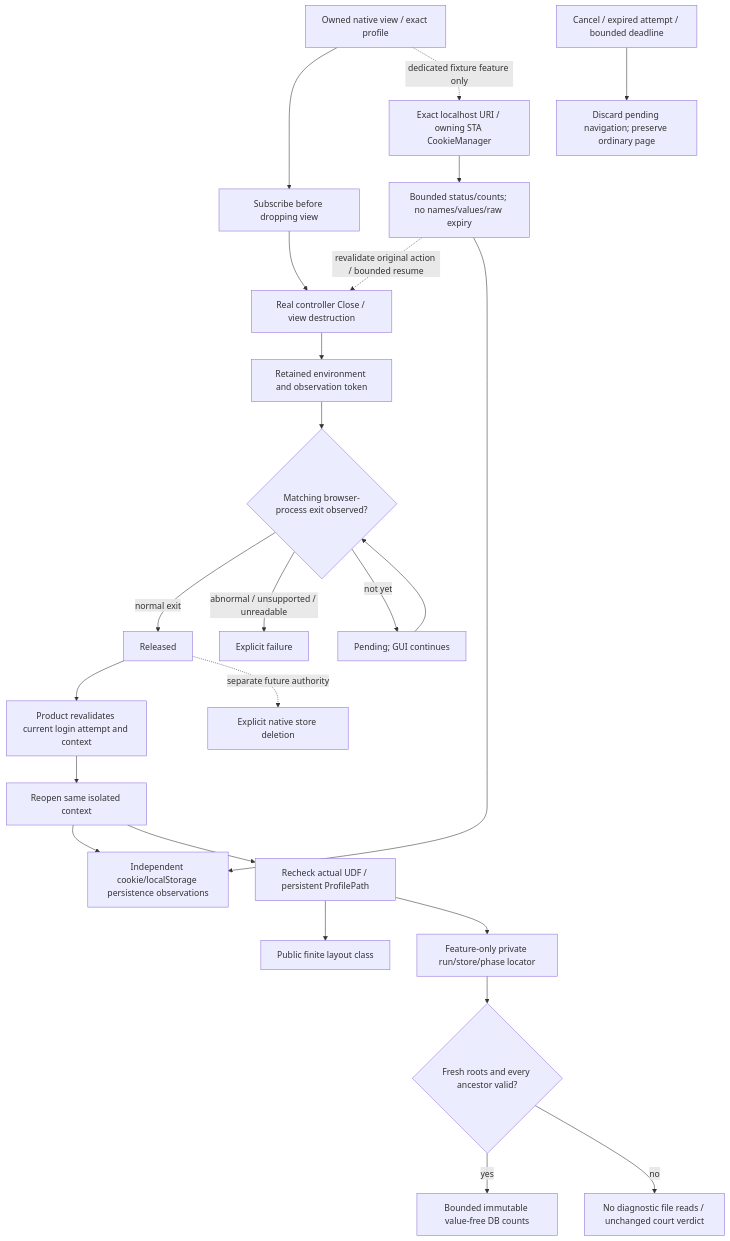
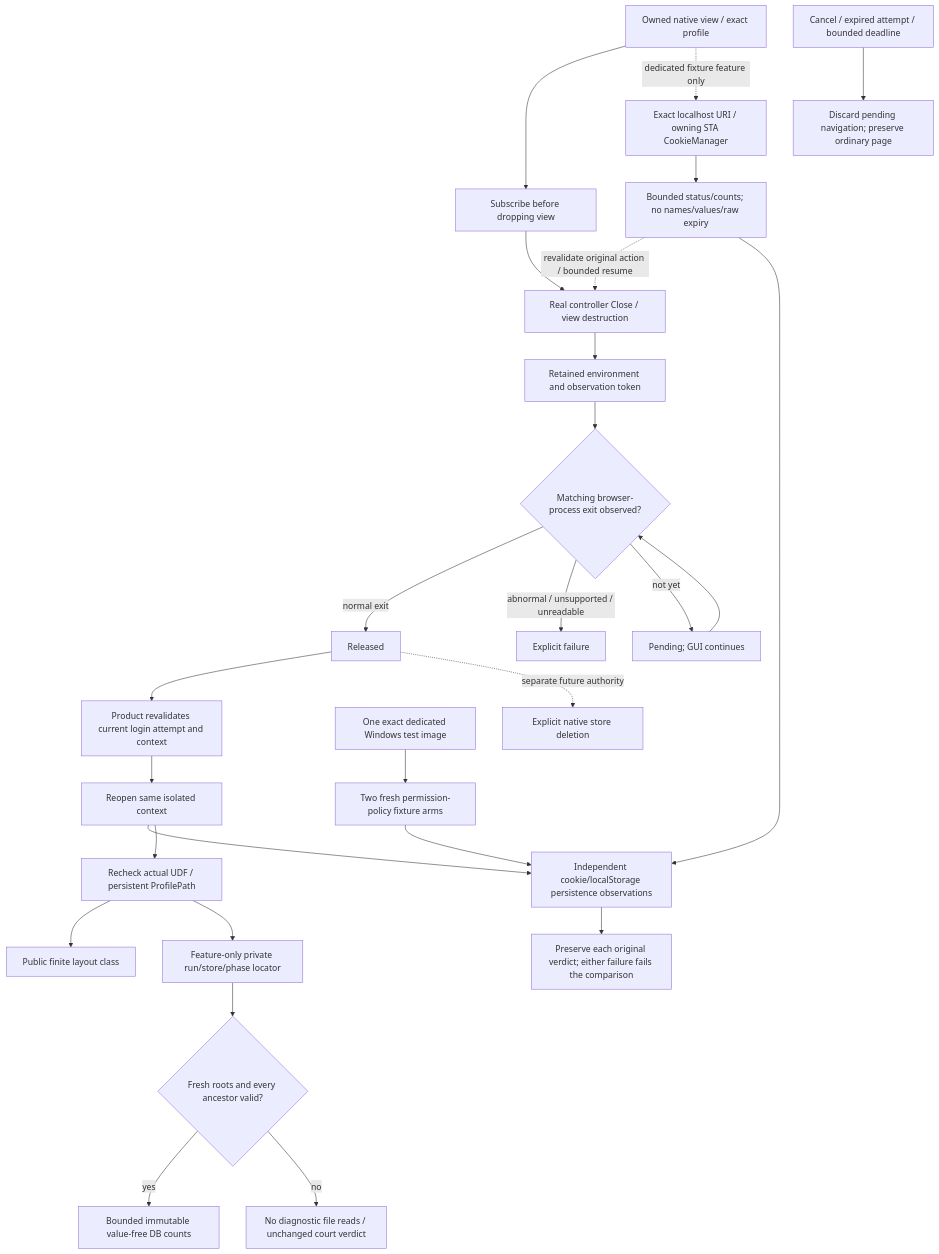
The diagram in prd/PRD_02_28_01_browser_context_lifecycle.md (partnernetsoftware/minicon), drawn with Mermaid before and after one commit. The commit also changed other lines of this file and 8 other files, not shown here.

Commit message:
test: compare fresh Windows browser profile permissions

````diff
--- a/prd/PRD_02_28_01_browser_context_lifecycle.md
+++ b/prd/PRD_02_28_01_browser_context_lifecycle.md
@@ -55,26 +61,29 @@
 ```mermaid
 flowchart TD
     V[Owned native view / exact profile] --> SUB[Subscribe before dropping view]
     SUB --> CLOSE[Real controller Close / view destruction]
     CLOSE --> P[Retained environment and observation token]
     P --> EVENT{Matching browser-process exit observed?}
     EVENT -->|normal exit| READY[Released]
     EVENT -->|abnormal / unsupported / unreadable| FAIL[Explicit failure]
     EVENT -->|not yet| WAIT[Pending; GUI continues]
     WAIT --> EVENT
     READY --> R[Product revalidates current login attempt and context]
     R --> OPEN[Reopen same isolated context]
     OPEN --> STORE[Independent cookie/localStorage persistence observations]
     OPEN --> SDK[Recheck actual UDF / persistent ProfilePath]
     SDK --> FINITE[Public finite layout class]
     SDK --> PRIVATE[Feature-only private run/store/phase locator]
     V -. dedicated fixture feature only .-> QUERY[Exact localhost URI / owning STA CookieManager]
     QUERY --> META[Bounded status/counts; no names/values/raw expiry]
     META -. revalidate original action / bounded resume .-> CLOSE
     META --> STORE
+    IMAGE[One exact dedicated Windows test image] --> ACL[Two fresh permission-policy fixture arms]
+    ACL --> STORE
+    STORE --> BOTH[Preserve each original verdict; either failure fails the comparison]
     PRIVATE --> ROOTS{Fresh roots and every ancestor valid?}
     ROOTS -->|yes| DB[Bounded immutable value-free DB counts]
     ROOTS -->|no| UNAVAILABLE[No diagnostic file reads / unchanged court verdict]
     CANCEL[Cancel / expired attempt / bounded deadline] --> DISCARD[Discard pending navigation; preserve ordinary page]
     READY -. separate future authority .-> DELETE[Explicit native store deletion]
 ```
````
